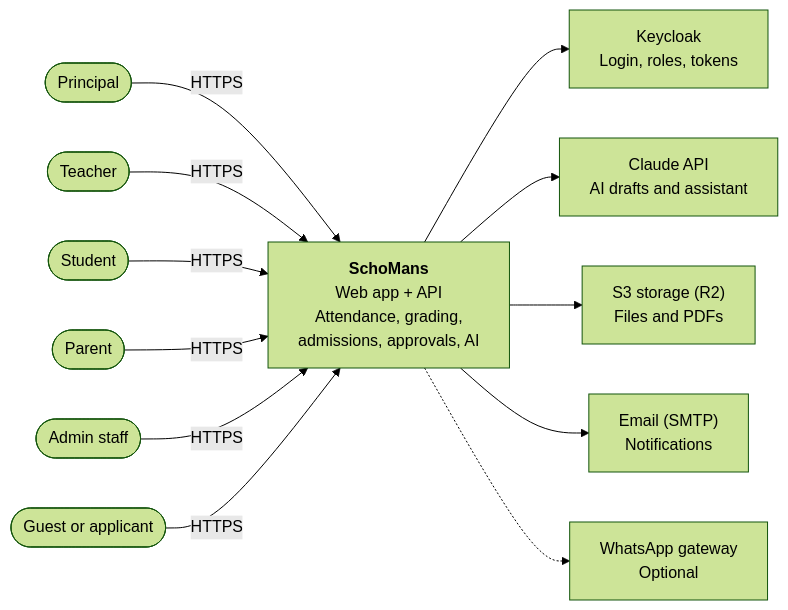
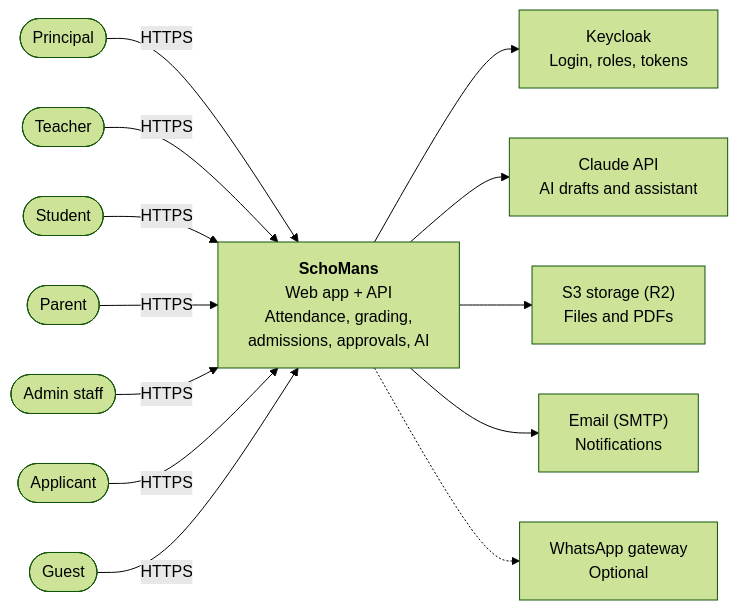
Before and after one commit to ridhwanhabib18/schomans: the first of 9 diagrams in docs/en/system-design.md, drawn with Mermaid (forest theme). The commit also changed other lines of this file and 9 other files, not shown here.

````diff
--- a/docs/en/system-design.md
+++ b/docs/en/system-design.md
@@ -26,25 +26,26 @@
 ```mermaid
 %% Source: diagrams/context.mmd
 flowchart LR
   principal([Principal])
   teacher([Teacher])
   student([Student])
   parent([Parent])
   admin([Admin staff])
-  guest([Guest or applicant])
+  guest([Guest])
+  applicant([Applicant])
 
   schomans["<b>SchoMans</b><br/>Web app + API<br/>Attendance, grading,<br/>admissions, approvals, AI"]
 
   keycloak["Keycloak<br/>Login, roles, tokens"]
   claude["Claude API<br/>AI drafts and assistant"]
   s3["S3 storage (R2)<br/>Files and PDFs"]
   email["Email (SMTP)<br/>Notifications"]
   whatsapp["WhatsApp gateway<br/>Optional"]
 
-  principal & teacher & student & parent & admin & guest -->|HTTPS| schomans
+  principal & teacher & student & parent & admin & applicant & guest -->|HTTPS| schomans
   schomans --> keycloak
   schomans --> claude
   schomans --> s3
   schomans --> email
   schomans -.-> whatsapp
 ```
````
